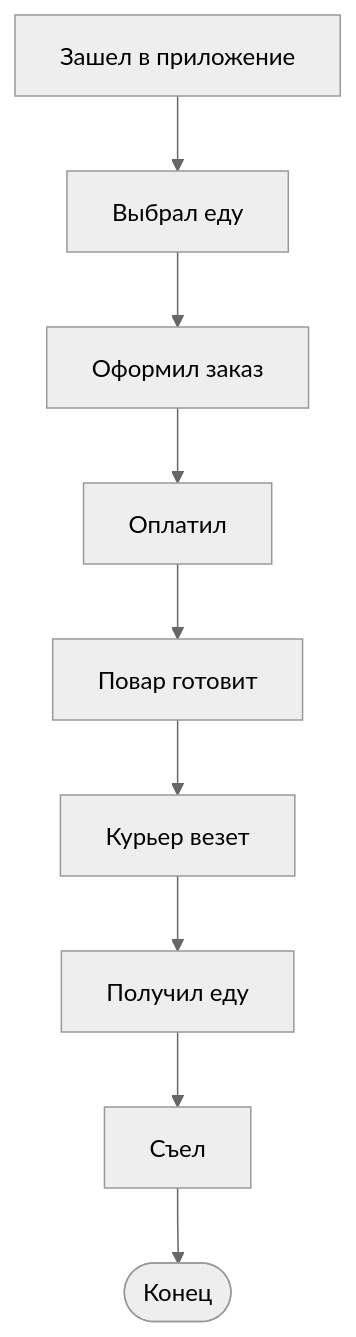
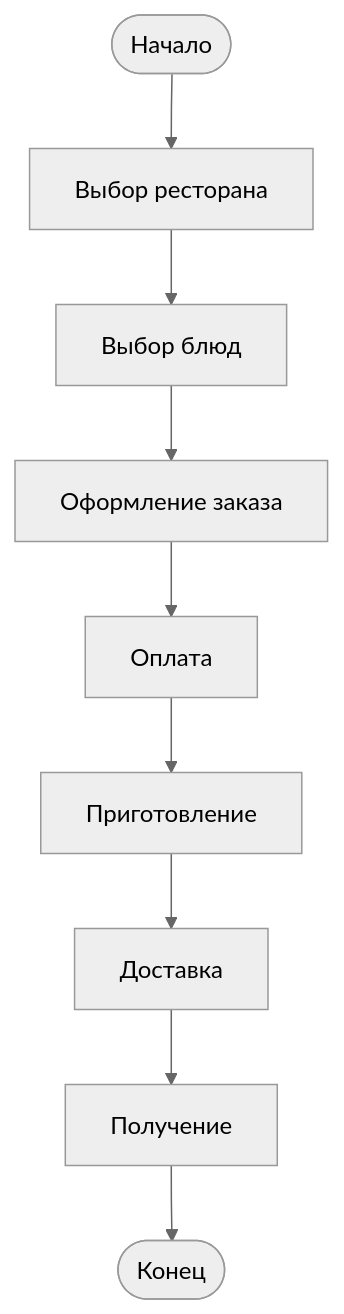
The eighth of 9 diagrams in README.md (Evgeny65ok/mermaid-diagrams), drawn with Mermaid (neutral theme) before and after one commit. The commit also changed other lines of this file, not shown here.

````diff
--- a/README.md
+++ b/README.md
@@ -148,11 +195,11 @@
 ```mermaid
 flowchart TD
-    ЗашелВПриложение[Зашел в приложение] --> ВыбралЕду[Выбрал еду]
-    ВыбралЕду --> Оформил[Оформил заказ]
-    Оформил --> Оплатил[Оплатил]
-    Оплатил --> Повар[Повар готовит]
-    Повар --> Курьер[Курьер везет]
-    Курьер --> Получил[Получил еду]
-    Получил --> Съел[Съел]
-    Съел --> Конец([Конец])
+    A([Начало]) --> B[Выбор ресторана]
+    B --> C[Выбор блюд]
+    C --> D[Оформление заказа]
+    D --> E[Оплата]
+    E --> F[Приготовление]
+    F --> G[Доставка]
+    G --> H[Получение]
+    H --> I([Конец])
 ```
````
